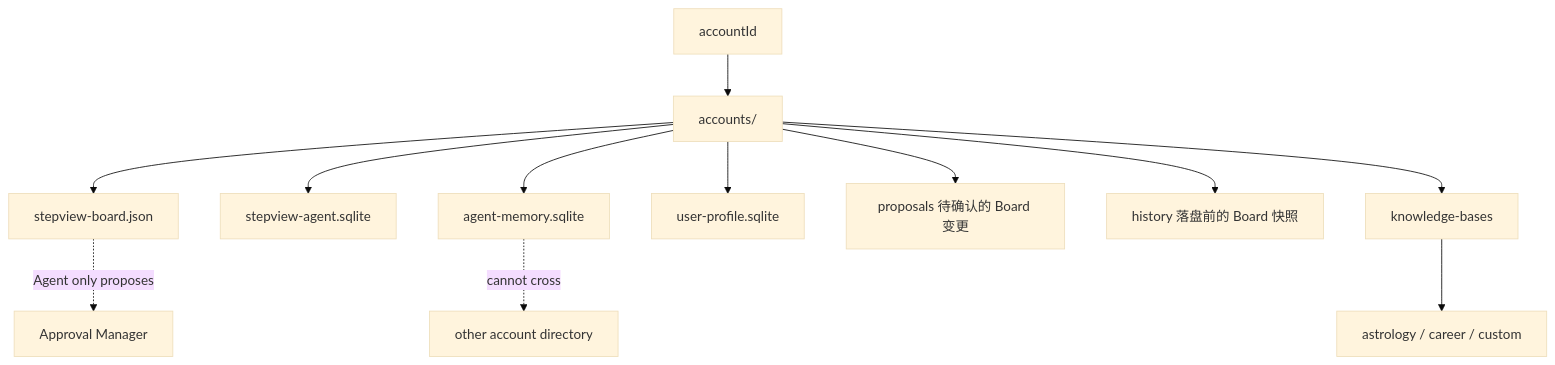
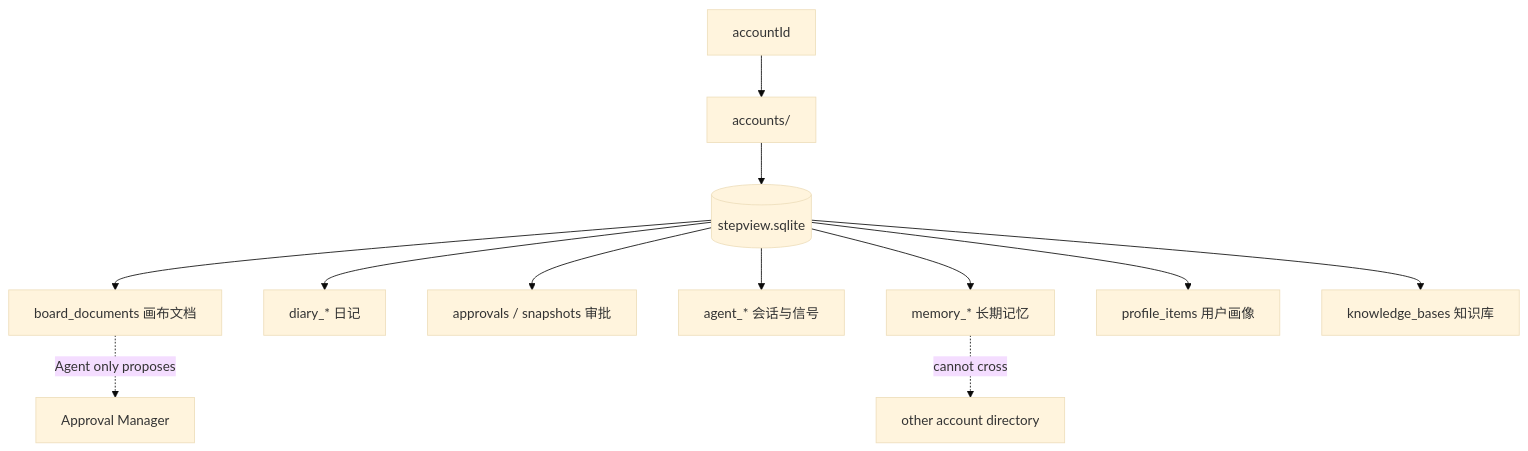
One commit to Long95percent/StepView changed the seventh of 7 diagrams in docs/ARCHITECTURE_AND_EXTENSION_GUIDE.md. Above: the diagram before and after it, drawn with Mermaid (base theme). The commit also changed other lines of this file and 2 other files, not shown here.

````diff
--- a/docs/ARCHITECTURE_AND_EXTENSION_GUIDE.md
+++ b/docs/ARCHITECTURE_AND_EXTENSION_GUIDE.md
@@ -359,14 +442,14 @@
 ```mermaid
 flowchart TD
     ACCOUNT[accountId] --> DIR[accounts/<account-id>]
-    DIR --> BOARD[stepview-board.json]
-    DIR --> SESSION[stepview-agent.sqlite]
-    DIR --> MEMORY[agent-memory.sqlite]
-    DIR --> PROFILE[user-profile.sqlite]
-    DIR --> PROPOSALS[proposals 待确认的 Board 变更]
-    DIR --> HISTORY[history 落盘前的 Board 快照]
-    DIR --> KBS[knowledge-bases]
-    KBS --> KB1[astrology / career / custom]
+    DIR --> DB[(stepview.sqlite)]
+    DB --> BOARD[board_documents 画布文档]
+    DB --> DIARY[diary_* 日记]
+    DB --> APPROVAL[approvals / snapshots 审批]
+    DB --> SESSION[agent_* 会话与信号]
+    DB --> MEMORY[memory_* 长期记忆]
+    DB --> PROFILE[profile_items 用户画像]
+    DB --> KBS[knowledge_bases 知识库]
     MEMORY -. cannot cross .-> OTHER[other account directory]
     BOARD -. Agent only proposes .-> APPROVE[Approval Manager]
 ```
````
